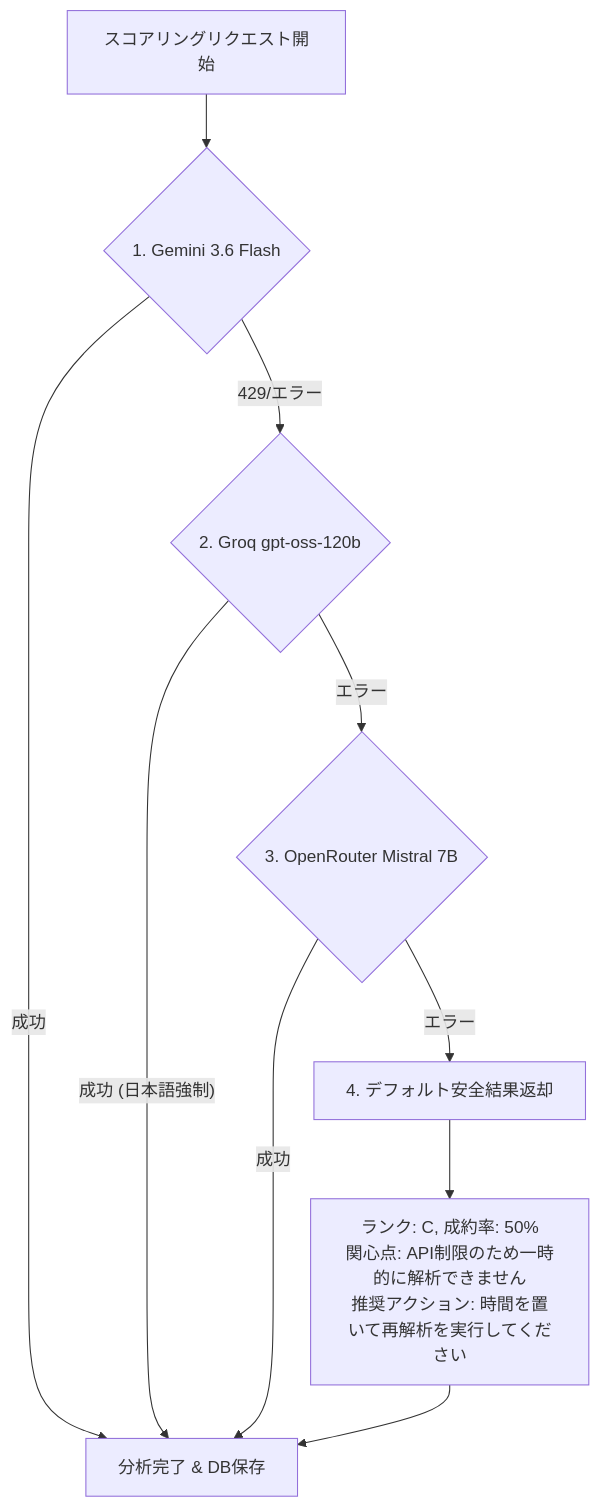
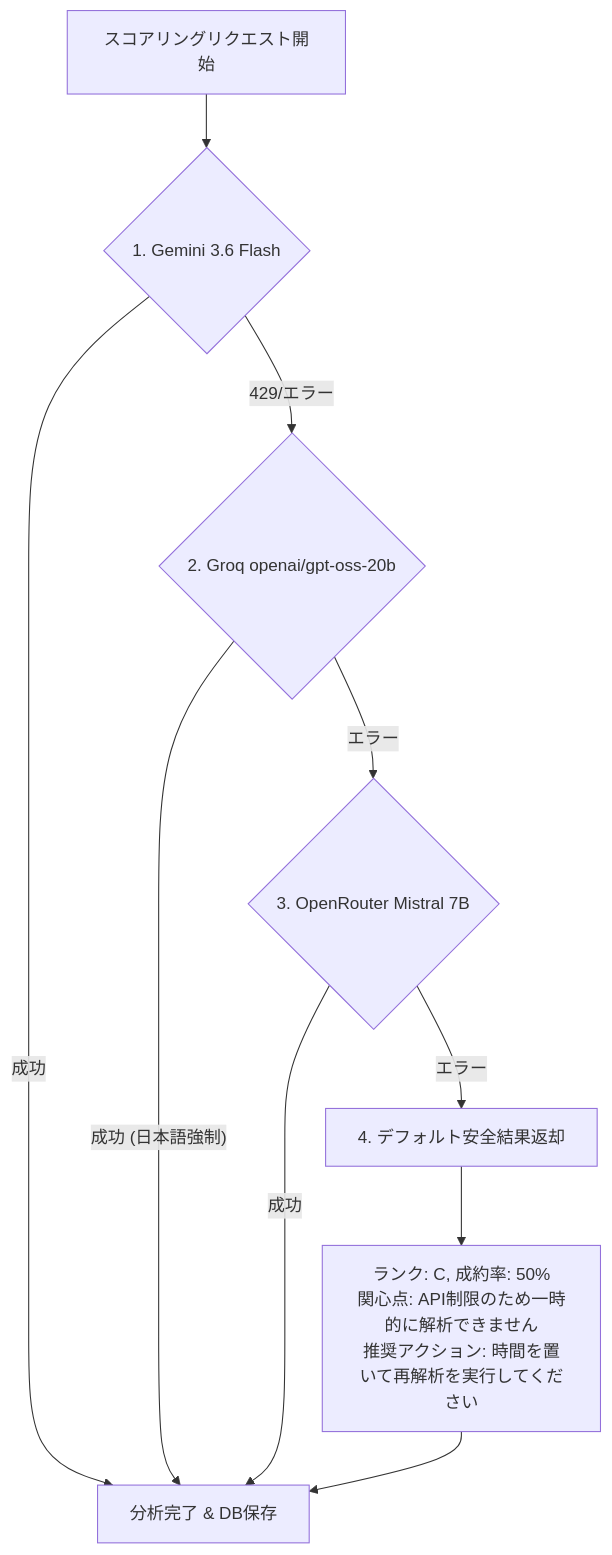
The diagram in docs/04_llm_prompt_spec.md (tansyu0423-creator/telesales-web-app), drawn with Mermaid before and after one commit. The commit also changed other lines of this file and 3 other files, not shown here.

````diff
--- a/docs/04_llm_prompt_spec.md
+++ b/docs/04_llm_prompt_spec.md
@@ -107,12 +115,12 @@
 ```mermaid
 graph TD
     A[スコアリングリクエスト開始] --> B{1. Gemini 3.6 Flash}
     B -- 成功 --> SUCCESS[分析完了 & DB保存]
-    B -- 429/エラー --> C{2. Groq gpt-oss-120b}
+    B -- 429/エラー --> C{2. Groq openai/gpt-oss-20b}
     C -- 成功 (日本語強制) --> SUCCESS
     C -- エラー --> D{3. OpenRouter Mistral 7B}
     D -- 成功 --> SUCCESS
     D -- エラー --> SAFE[4. デフォルト安全結果返却]
     SAFE --> SAFE_RES["ランク: C, 成約率: 50%<br>関心点: API制限のため一時的に解析できません<br>推奨アクション: 時間を置いて再解析を実行してください"]
     SAFE_RES --> SUCCESS
 ```
````
